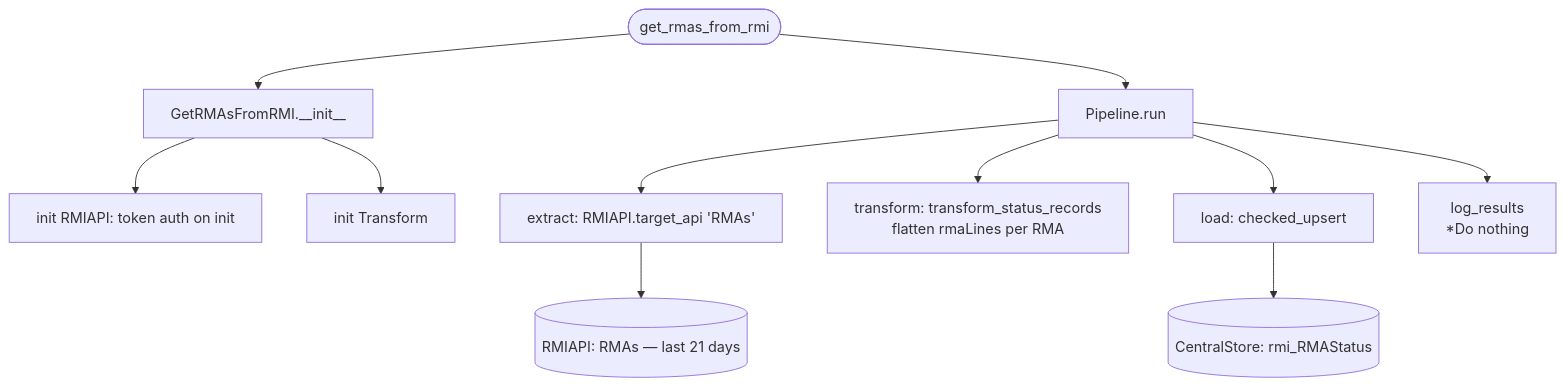
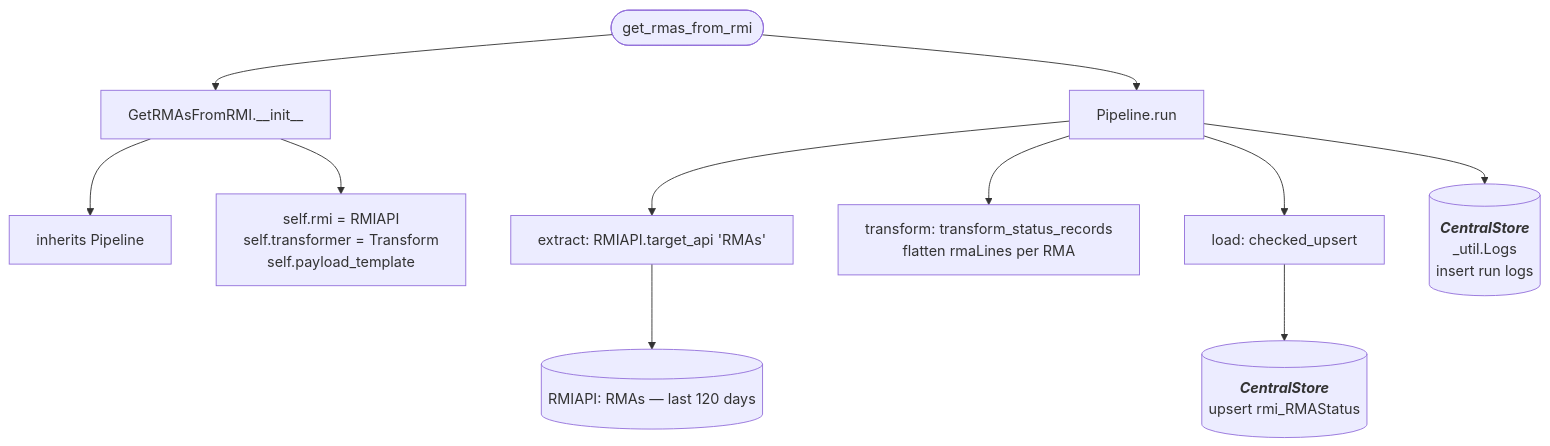
Before and after one commit to journeyhl/integration-platform: the fourth of 4 diagrams in docs/functions/rmi_data_retrieval_pipeline.md, drawn with Mermaid. The commit also changed other lines of this file and 42 other files, not shown here.

````diff
--- a/docs/functions/rmi_data_retrieval_pipeline.md
+++ b/docs/functions/rmi_data_retrieval_pipeline.md
@@ -80,18 +99,28 @@
 ```mermaid
 %%{init: {"flowchart": {"wrappingWidth": 400}}}%%
 flowchart TD
     A([get_rmas_from_rmi]) --> B[GetRMAsFromRMI.__init__]
-    B --> B1[init RMIAPI: token auth on init]
-    B --> B2[init Transform]
+    B --> B1[inherits Pipeline]
+    B --> B2[
+        self.rmi = RMIAPI
+        self.transformer = Transform
+        self.payload_template
+    ]
     A --> RUN[Pipeline.run]
 
     RUN --> EX[extract: RMIAPI.target_api 'RMAs']
-    EX --> D1[(RMIAPI: RMAs — last 21 days)]
+    EX --> D1[(RMIAPI: RMAs — last 120 days)]
 
     RUN --> TR[transform: transform_status_records<br/>flatten rmaLines per RMA]
 
     RUN --> LD[load: checked_upsert]
-    LD --> CS1[(CentralStore: rmi_RMAStatus)]
+    LD --> CS1[(
+        <b><i>CentralStore</i></b>
+        upsert rmi_RMAStatus
+    )]
 
-    RUN --> LR[log_results<br/>*Do nothing]
+    RUN --> LOGS[(
+        <b><i>CentralStore</i></b>
+        _util.Logs<br/>insert run logs
+    )]
 ```
````
